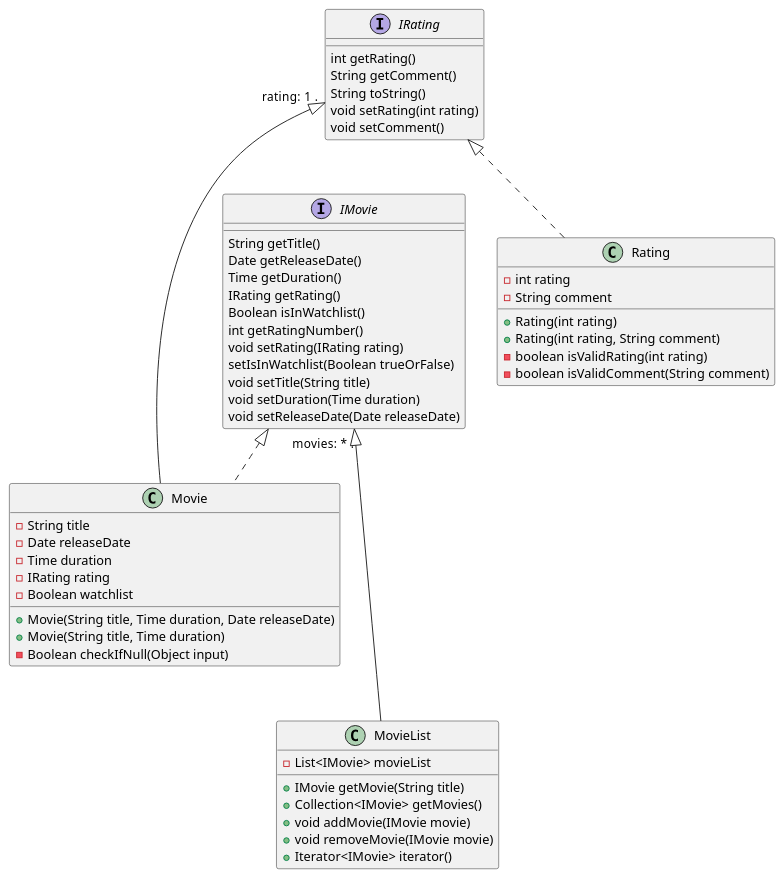
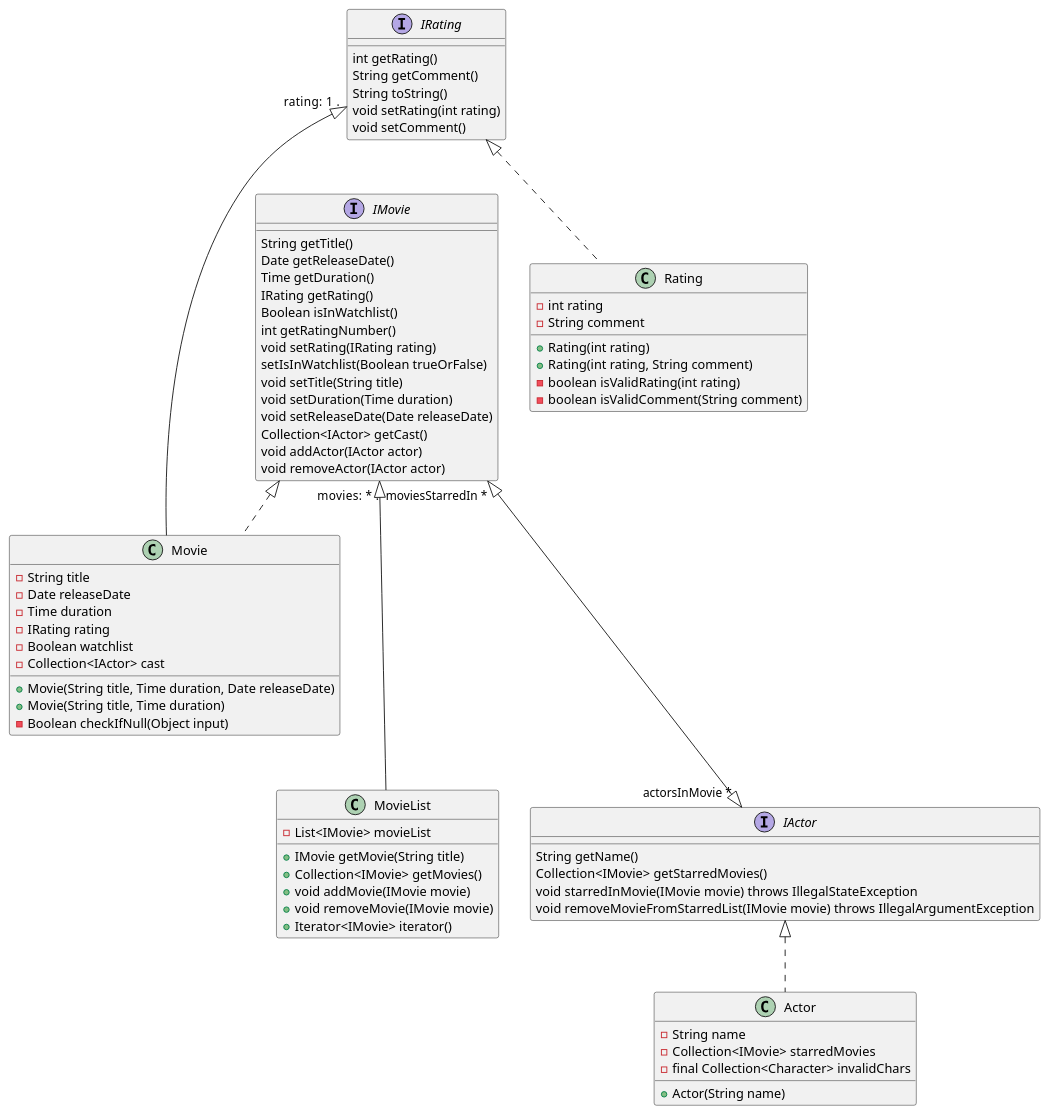
The diagram in mmt/diagrams/core-class-diagram.puml (AndreasMarken/IT1901), drawn with PlantUML before and after one commit. The commit also changed 1 other file, not shown here.

Commit message:
Issue: #55. Updated the core class diagramm

```diff
--- a/mmt/diagrams/core-class-diagram.puml
+++ b/mmt/diagrams/core-class-diagram.puml
@@ -1,62 +1,83 @@
 @startuml "core-class-diagran"
 
 
 interface IMovie {
     String getTitle()
     Date getReleaseDate()
     Time getDuration()
     IRating getRating()
     Boolean isInWatchlist()
     int getRatingNumber()
     void setRating(IRating rating)
     setIsInWatchlist(Boolean trueOrFalse)
     void setTitle(String title)
     void setDuration(Time duration)
     void setReleaseDate(Date releaseDate)
+    Collection<IActor> getCast()
+    void addActor(IActor actor)
+    void removeActor(IActor actor)
 }
 
 class Movie {
     - String title
     - Date releaseDate
     - Time duration
     - IRating rating
     - Boolean watchlist
+    - Collection<IActor> cast
     + Movie(String title, Time duration, Date releaseDate)
     + Movie(String title, Time duration)
     - Boolean checkIfNull(Object input)
 }
 
 interface IRating {
     int getRating()
     String getComment()
     String toString()
     void setRating(int rating)
     void setComment()
 }
 
 class Rating {
     - int rating
     - String comment
     + Rating(int rating)
     + Rating(int rating, String comment)
     - boolean isValidRating(int rating)
     - boolean isValidComment(String comment)
 }
 
 class MovieList {
     - List<IMovie> movieList
     + IMovie getMovie(String title)
     + Collection<IMovie> getMovies()
     + void addMovie(IMovie movie)
     + void removeMovie(IMovie movie)
     + Iterator<IMovie> iterator()
 
 }
 
+interface IActor {
+    String getName()
+    Collection<IMovie> getStarredMovies()
+    void starredInMovie(IMovie movie) throws IllegalStateException
+    void removeMovieFromStarredList(IMovie movie) throws IllegalArgumentException
+}
+
+class Actor {
+    - String name
+    - Collection<IMovie> starredMovies
+    - final Collection<Character> invalidChars
+    + Actor(String name)
+}
+
 IMovie "movies: *  ." <|--- MovieList
 IRating "rating: 1  ." <|--- Movie
+IMovie "moviesStarredIn * " <|---|> "actorsInMovie *" IActor
 IMovie <|.. Movie
 IRating <|.. Rating
+IActor <|.. Actor
+
 
 
 @enduml
```
